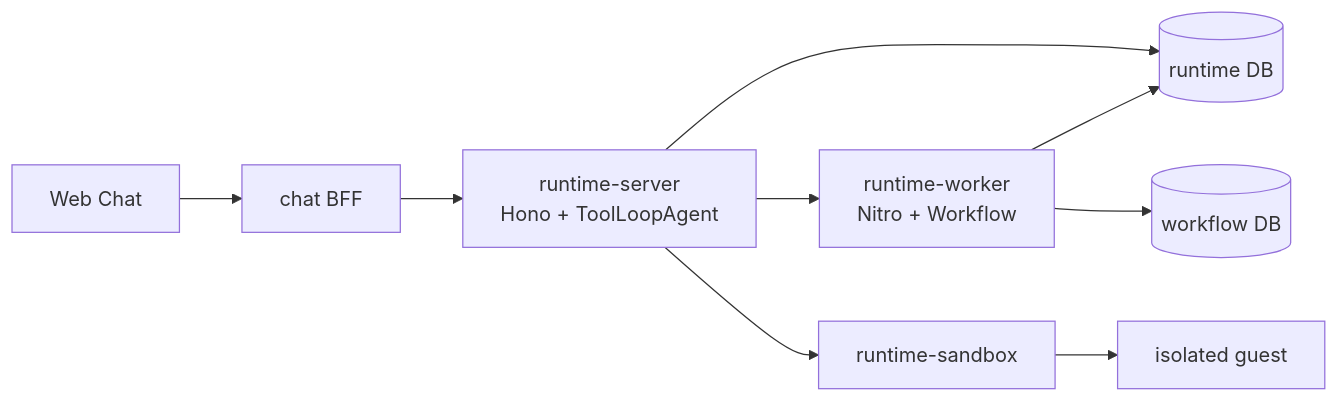
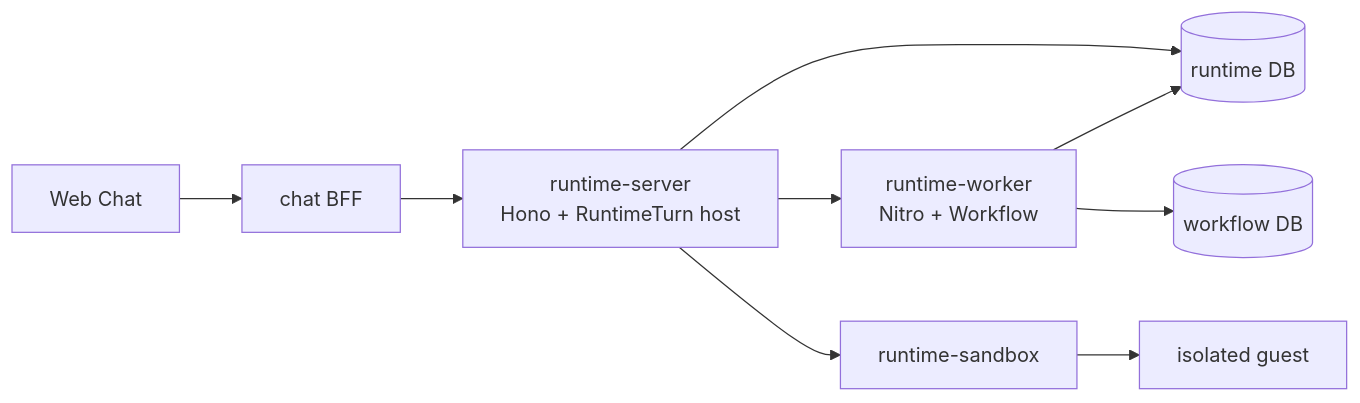
One commit to baymaxLeee/monorepo changed the diagram in docs/ADR/session-runtime.md. Above: the diagram before and after it, drawn with Mermaid. The commit also changed other lines of this file and 76 other files, not shown here.

````diff
--- a/docs/ADR/session-runtime.md
+++ b/docs/ADR/session-runtime.md
@@ -23,11 +23,11 @@
 ```mermaid
 flowchart LR
   Web[Web Chat] --> Chat[chat BFF]
-  Chat --> Server[runtime-server\nHono + ToolLoopAgent]
+  Chat --> Server[runtime-server\nHono + RuntimeTurn host]
   Server --> DB[(runtime DB)]
   Server --> Worker[runtime-worker\nNitro + Workflow]
   Worker --> DB
   Worker --> World[(workflow DB)]
   Server --> Sandbox[runtime-sandbox]
   Sandbox --> Guest[isolated guest]
 ```
````
